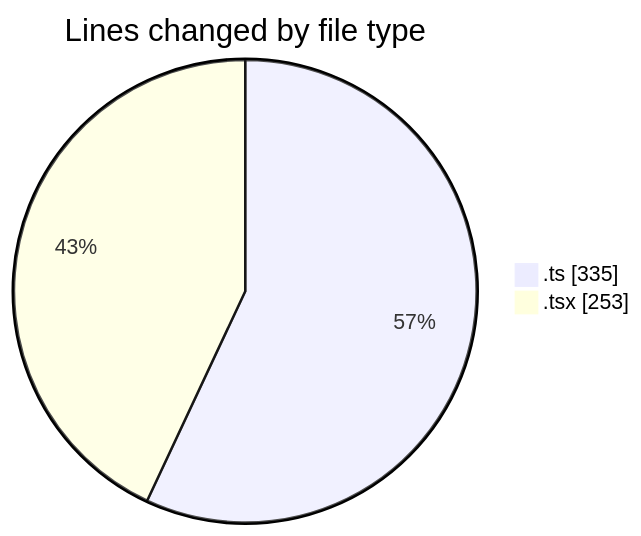
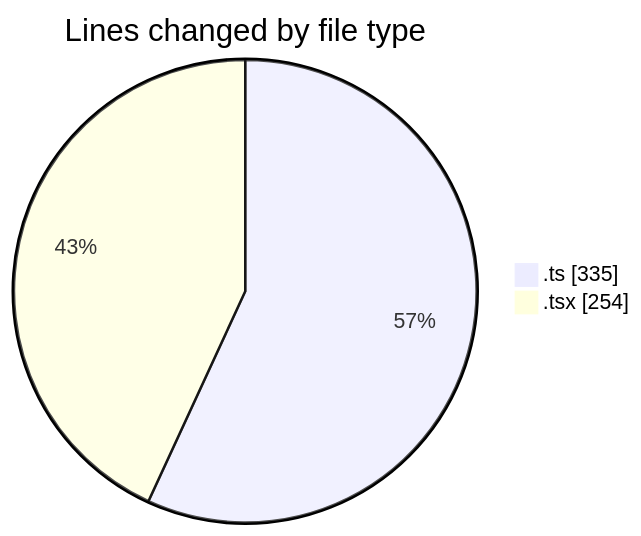
Before and after one commit to momahboobian/code-tracking: the first of 2 diagrams in 2025-09-02/cda/README.md, drawn with Mermaid. The commit also changed other lines of this file and 1 other file, not shown here.

````diff
--- a/2025-09-02/cda/README.md
+++ b/2025-09-02/cda/README.md
@@ -23,6 +23,6 @@
 ```mermaid
 pie showData
 title Lines changed by file type
 ".ts" : 335
-".tsx" : 253
+".tsx" : 254
 ```
````
